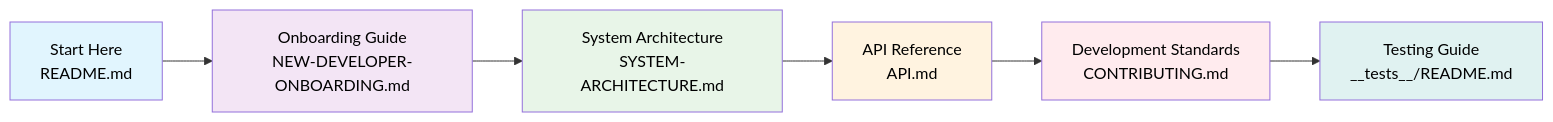
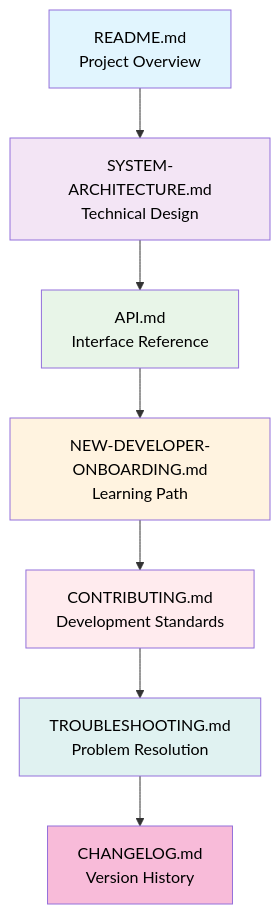
Before and after one commit to Interlaken0/temperature-plotter: the first of 8 diagrams in docs/COMPLETE-DOCUMENTATION-GUIDE.md, drawn with Mermaid. The commit also changed other lines of this file and 7 other files, not shown here.

````diff
--- a/docs/COMPLETE-DOCUMENTATION-GUIDE.md
+++ b/docs/COMPLETE-DOCUMENTATION-GUIDE.md
@@ -73,15 +8,17 @@
 ```mermaid
-graph LR
-    A[Start Here<br/>README.md] --> B[Onboarding Guide<br/>NEW-DEVELOPER-ONBOARDING.md]
-    B --> C[System Architecture<br/>SYSTEM-ARCHITECTURE.md]
-    C --> D[API Reference<br/>API.md]
-    D --> E[Development Standards<br/>CONTRIBUTING.md]
-    E --> F[Testing Guide<br/>__tests__/README.md]
+graph TB
+    A[README.md<br/>Project Overview] --> B[SYSTEM-ARCHITECTURE.md<br/>Technical Design]
+    B --> C[API.md<br/>Interface Reference]
+    C --> D[NEW-DEVELOPER-ONBOARDING.md<br/>Learning Path]
+    D --> E[CONTRIBUTING.md<br/>Development Standards]
+    E --> F[TROUBLESHOOTING.md<br/>Problem Resolution]
+    F --> G[CHANGELOG.md<br/>Version History]
     
     style A fill:#e1f5fe,color:#000000
     style B fill:#f3e5f5,color:#000000
     style C fill:#e8f5e8,color:#000000
     style D fill:#fff3e0,color:#000000
     style E fill:#ffebee,color:#000000
     style F fill:#e0f2f1,color:#000000
+    style G fill:#f8bbd9,color:#000000
 ```
````
